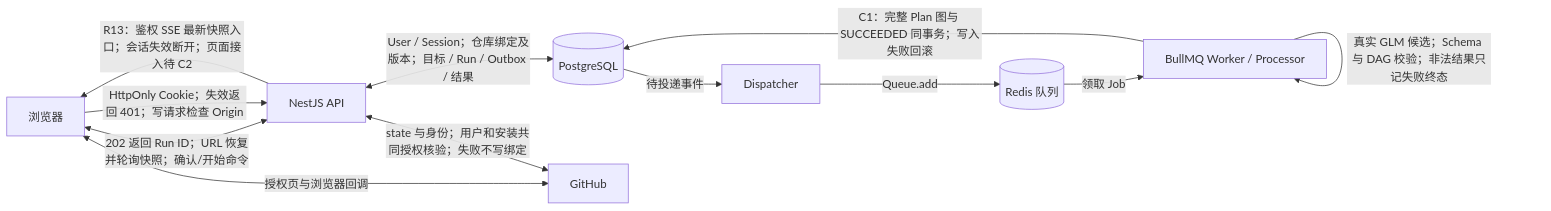
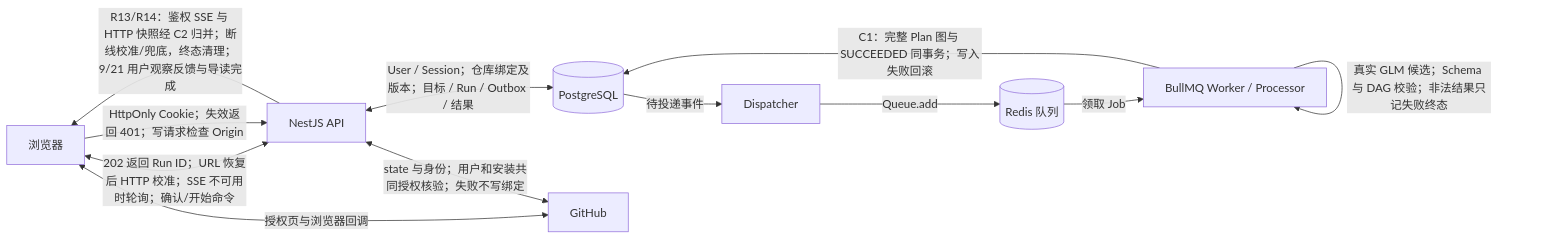
One commit to Gerden31145/KnowledgeOps-Agent changed the diagram in docs/KnowledgeOps-Agent-逐日开发计划.md. Above: the diagram before and after it, drawn with Mermaid. The commit also changed other lines of this file and 11 other files, not shown here.

````diff
--- a/docs/KnowledgeOps-Agent-逐日开发计划.md
+++ b/docs/KnowledgeOps-Agent-逐日开发计划.md
@@ -144,14 +144,14 @@
 ```mermaid
 flowchart LR
-    Web[浏览器] <-->|202 返回 Run ID；URL 恢复并轮询快照；确认/开始命令| API[NestJS API]
-    API -->|R13：鉴权 SSE 最新快照入口；会话失效断开；页面接入待 C2| Web
+    Web[浏览器] <-->|202 返回 Run ID；URL 恢复后 HTTP 校准；SSE 不可用时轮询；确认/开始命令| API[NestJS API]
+    API -->|R13/R14：鉴权 SSE 与 HTTP 快照经 C2 归并；断线校准/兜底，终态清理；9/21 用户观察反馈与导读完成| Web
     API <-->|User / Session；仓库绑定及版本；目标 / Run / Outbox / 结果| DB[(PostgreSQL)]
     Web <-->|授权页与浏览器回调| GitHub[GitHub]
     API <-->|state 与身份；用户和安装共同授权核验；失败不写绑定| GitHub
     Web -->|HttpOnly Cookie；失效返回 401；写请求检查 Origin| API
     DB -->|待投递事件| Dispatcher[Dispatcher]
     Dispatcher -->|Queue.add| Redis[(Redis 队列)]
     Redis -->|领取 Job| Worker[BullMQ Worker / Processor]
     Worker -->|真实 GLM 候选；Schema 与 DAG 校验；非法结果只记失败终态| Worker
     Worker -->|C1：完整 Plan 图与 SUCCEEDED 同事务；写入失败回滚| DB
 ```
````
